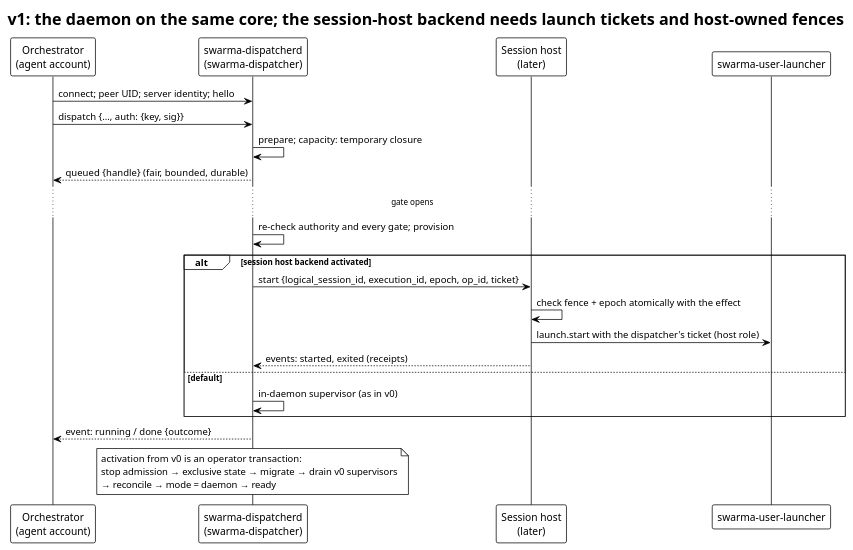
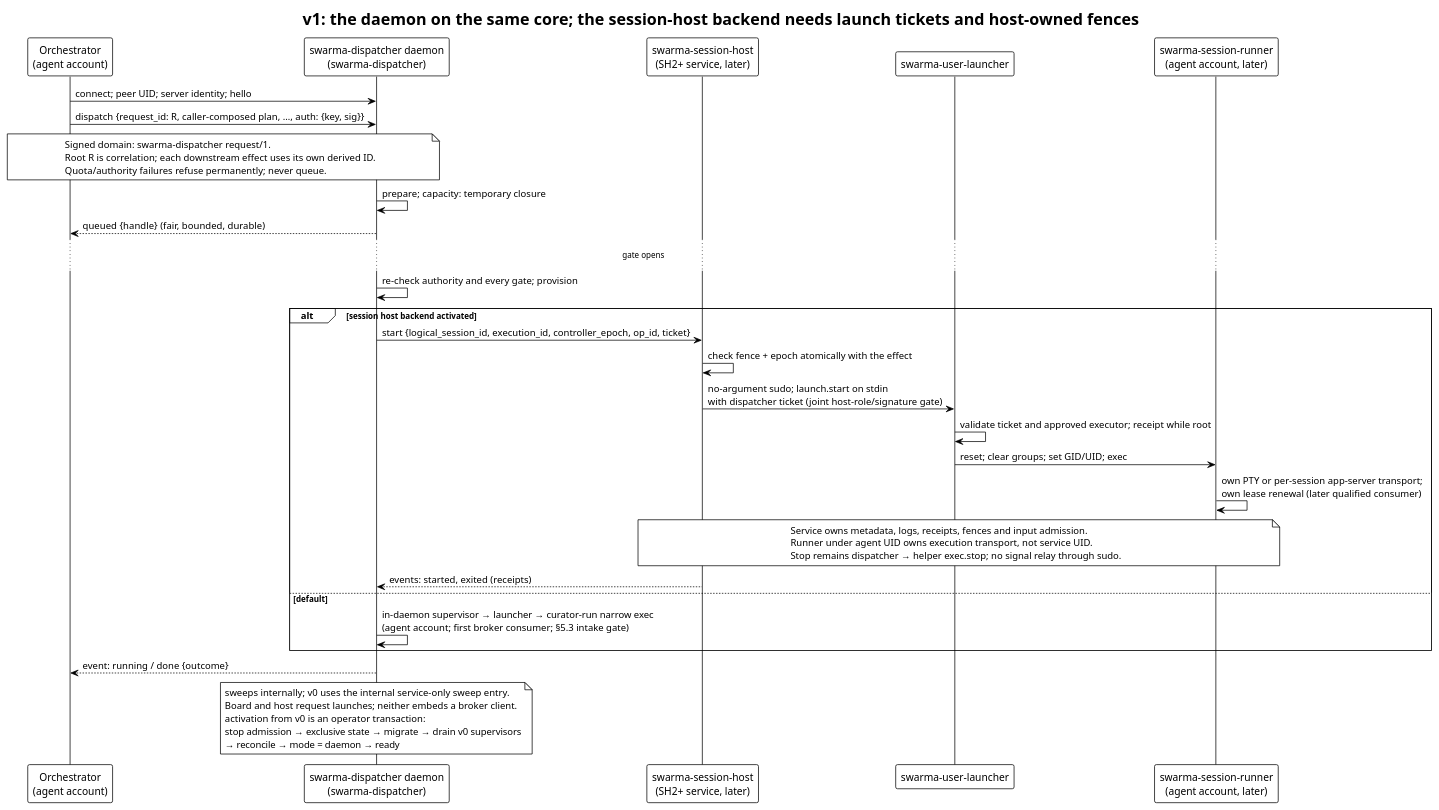
The diagram in diagrams/v1-daemon.puml (relux-works/curator-dispatcher), drawn with PlantUML before and after one commit. The commit also changed 6 other files, not shown here.

```diff
--- a/diagrams/v1-daemon.puml
+++ b/diagrams/v1-daemon.puml
@@ -1,30 +1,46 @@
 @startuml v1-daemon
 !theme plain
 title v1: the daemon on the same core; the session-host backend needs launch tickets and host-owned fences
 
 participant "Orchestrator\n(agent account)" as O
-participant "swarma-dispatcherd\n(swarma-dispatcher)" as D
-participant "Session host\n(later)" as SH
+participant "swarma-dispatcher daemon\n(swarma-dispatcher)" as D
+participant "swarma-session-host\n(SH2+ service, later)" as SH
 participant "swarma-user-launcher" as L
+participant "swarma-session-runner\n(agent account, later)" as SR
 
 O -> D : connect; peer UID; server identity; hello
-O -> D : dispatch {…, auth: {key, sig}}
+O -> D : dispatch {request_id: R, caller-composed plan, …, auth: {key, sig}}
+note over O,D
+  Signed domain: swarma-dispatcher request/1.
+  Root R is correlation; each downstream effect uses its own derived ID.
+  Quota/authority failures refuse permanently; never queue.
+end note
 D -> D : prepare; capacity: temporary closure
 D --> O : queued {handle} (fair, bounded, durable)
 ... gate opens ...
 D -> D : re-check authority and every gate; provision
 alt session host backend activated
-  D -> SH : start {logical_session_id, execution_id, epoch, op_id, ticket}
+  D -> SH : start {logical_session_id, execution_id, controller_epoch, op_id, ticket}
   SH -> SH : check fence + epoch atomically with the effect
-  SH -> L : launch.start with the dispatcher's ticket (host role)
+  SH -> L : no-argument sudo; launch.start on stdin\nwith dispatcher ticket (joint host-role/signature gate)
+  L -> L : validate ticket and approved executor; receipt while root
+  L -> SR : reset; clear groups; set GID/UID; exec
+  SR -> SR : own PTY or per-session app-server transport;\nown lease renewal (later qualified consumer)
+  note over SH,SR
+    Service owns metadata, logs, receipts, fences and input admission.
+    Runner under agent UID owns execution transport, not service UID.
+    Stop remains dispatcher → helper exec.stop; no signal relay through sudo.
+  end note
   SH --> D : events: started, exited (receipts)
 else default
-  D -> D : in-daemon supervisor (as in v0)
+  D -> D : in-daemon supervisor → launcher → curator-run narrow exec\n(agent account; first broker consumer; §5.3 intake gate)
 end
 D --> O : event: running / done {outcome}
 note over D
+  sweeps internally; v0 uses the internal service-only sweep entry.
+  Board and host request launches; neither embeds a broker client.
   activation from v0 is an operator transaction:
   stop admission → exclusive state → migrate → drain v0 supervisors
   → reconcile → mode = daemon → ready
 end note
 @enduml
```
